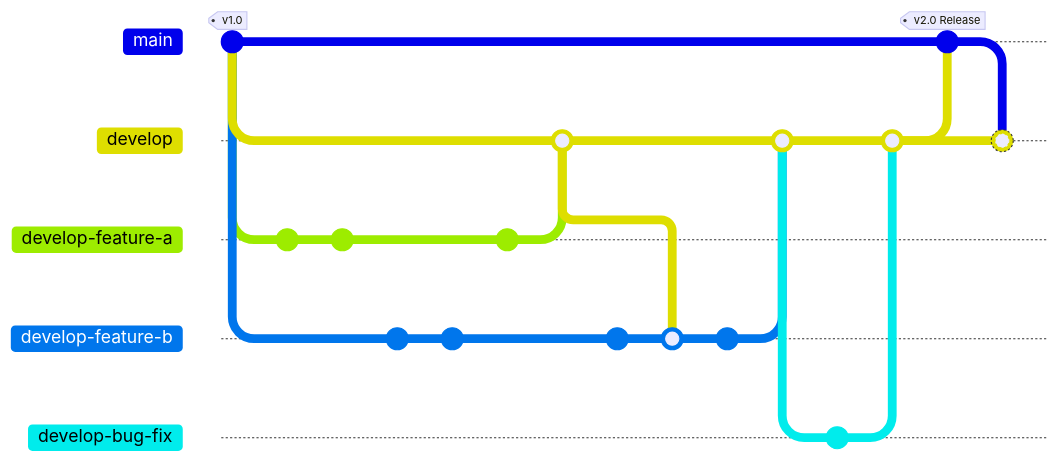
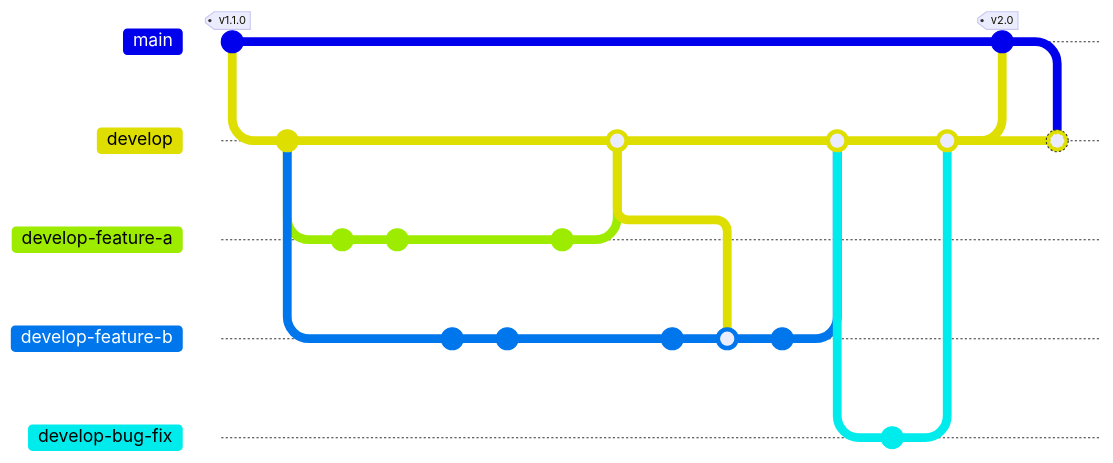
One commit to Seafood-Globalization-Lab/artis-model changed the diagram in README.md. Above: the diagram before and after it, drawn with Mermaid. Commit ids are hidden.

Commit message:
fixed feature-branch creation on gitgraph

````diff
--- a/README.md
+++ b/README.md
@@ -204,33 +204,33 @@
 ```mermaid
-
 gitGraph
-   commit tag: "v1.0"
+   commit tag: "v1.1.0"
    branch develop
    checkout develop
+   commit id: " "
    branch develop-feature-a
    commit id: "added x"
    commit id: "fixed y"
    checkout develop
    branch develop-feature-b
    commit id: "cleaned z"
    commit id: "updated w"
    checkout develop-feature-a
    commit id: "documentation"
    checkout develop
    merge develop-feature-a id: "merge reabsed feature-a"
    checkout develop-feature-b
    commit id: "document"
    merge develop id: "bring in develop updates"
    commit id: "added v"
    checkout develop
    merge develop-feature-b id: "merge reabsed feature-b"
    checkout develop
    branch develop-bug-fix
    commit id: "bug-fix"
    checkout develop
    merge develop-bug-fix id: "merge reabsed bug fix"
    checkout main
-   merge develop id: "Merge to release v2.0" tag: "v2.0 Release" type: NORMAL 
+   merge develop id: "Merge to release v2.0" tag: "v2.0" type: NORMAL 
    checkout develop
    merge main id: "long-lived develop branch"
 ```
````
